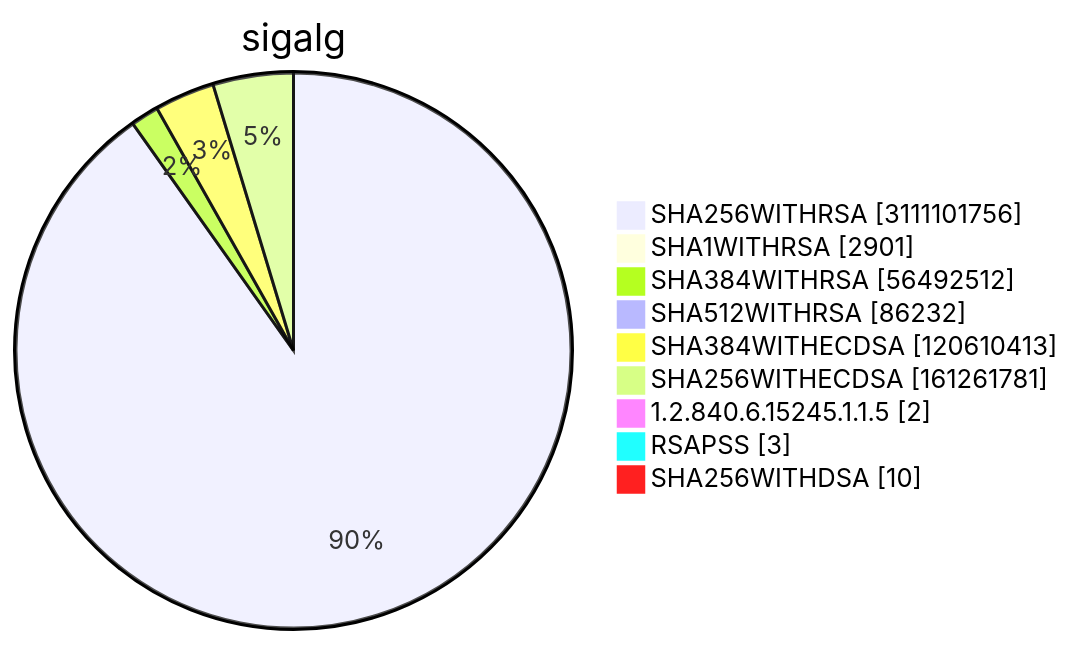
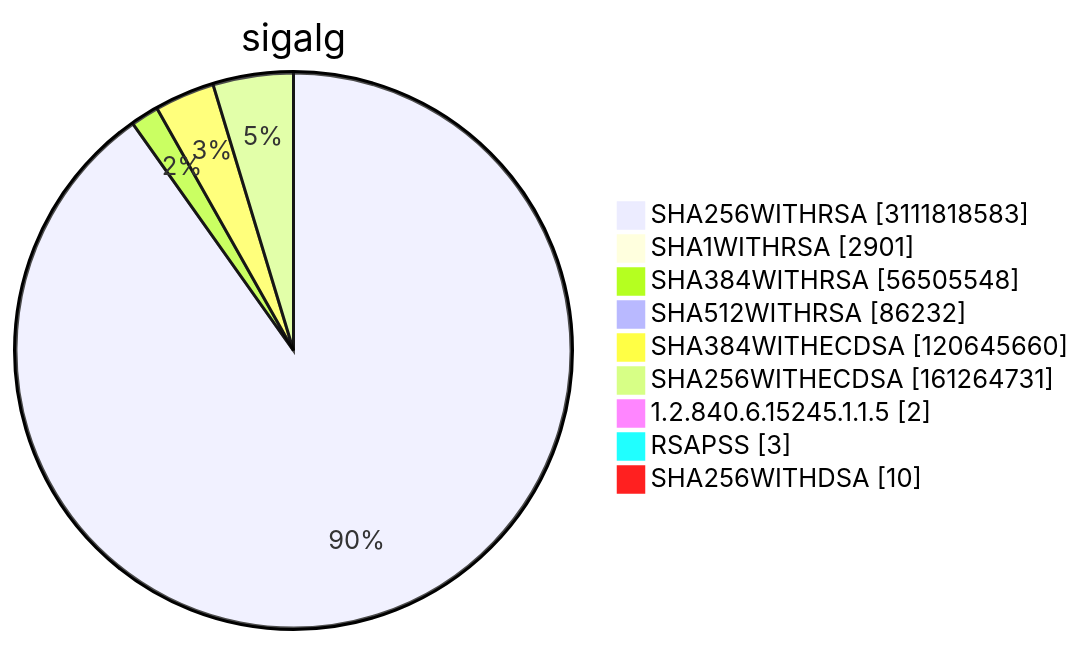
Before and after one commit to christiankrug/ctmonitor_visualization: diagram 15 of 15 in TOTAL/README.md, drawn with Mermaid. The commit also changed other lines of this file, not shown here.

````diff
--- a/TOTAL/README.md
+++ b/TOTAL/README.md
@@ -6212,13 +6212,13 @@
 ```mermaid
 pie showData
 title sigalg
-"SHA256WITHRSA" :3111101756
+"SHA256WITHRSA" :3111818583
 "SHA1WITHRSA" :2901
-"SHA384WITHRSA" :56492512
+"SHA384WITHRSA" :56505548
 "SHA512WITHRSA" :86232
-"SHA384WITHECDSA" :120610413
-"SHA256WITHECDSA" :161261781
+"SHA384WITHECDSA" :120645660
+"SHA256WITHECDSA" :161264731
 "1.2.840.6.15245.1.1.5" :2
 "RSAPSS" :3
 "SHA256WITHDSA" :10
 ```
````
